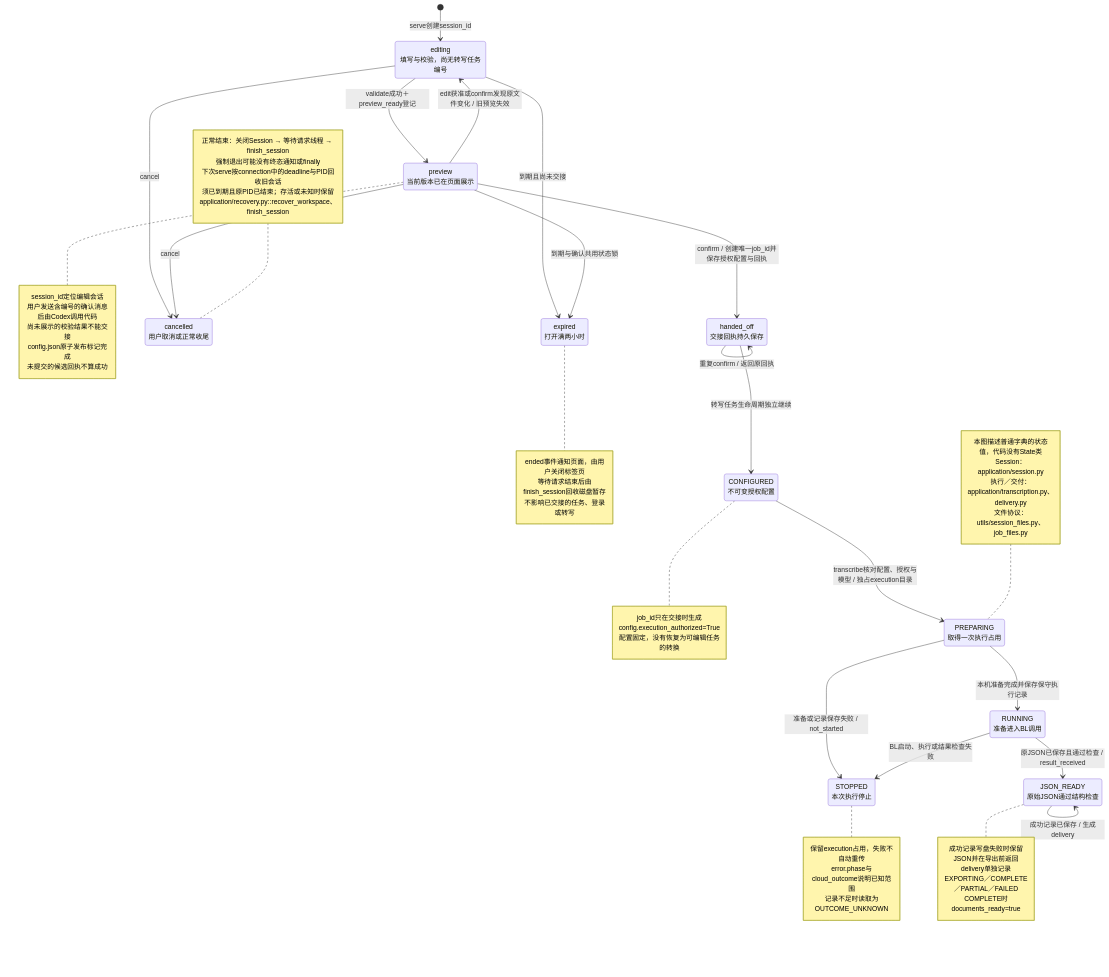
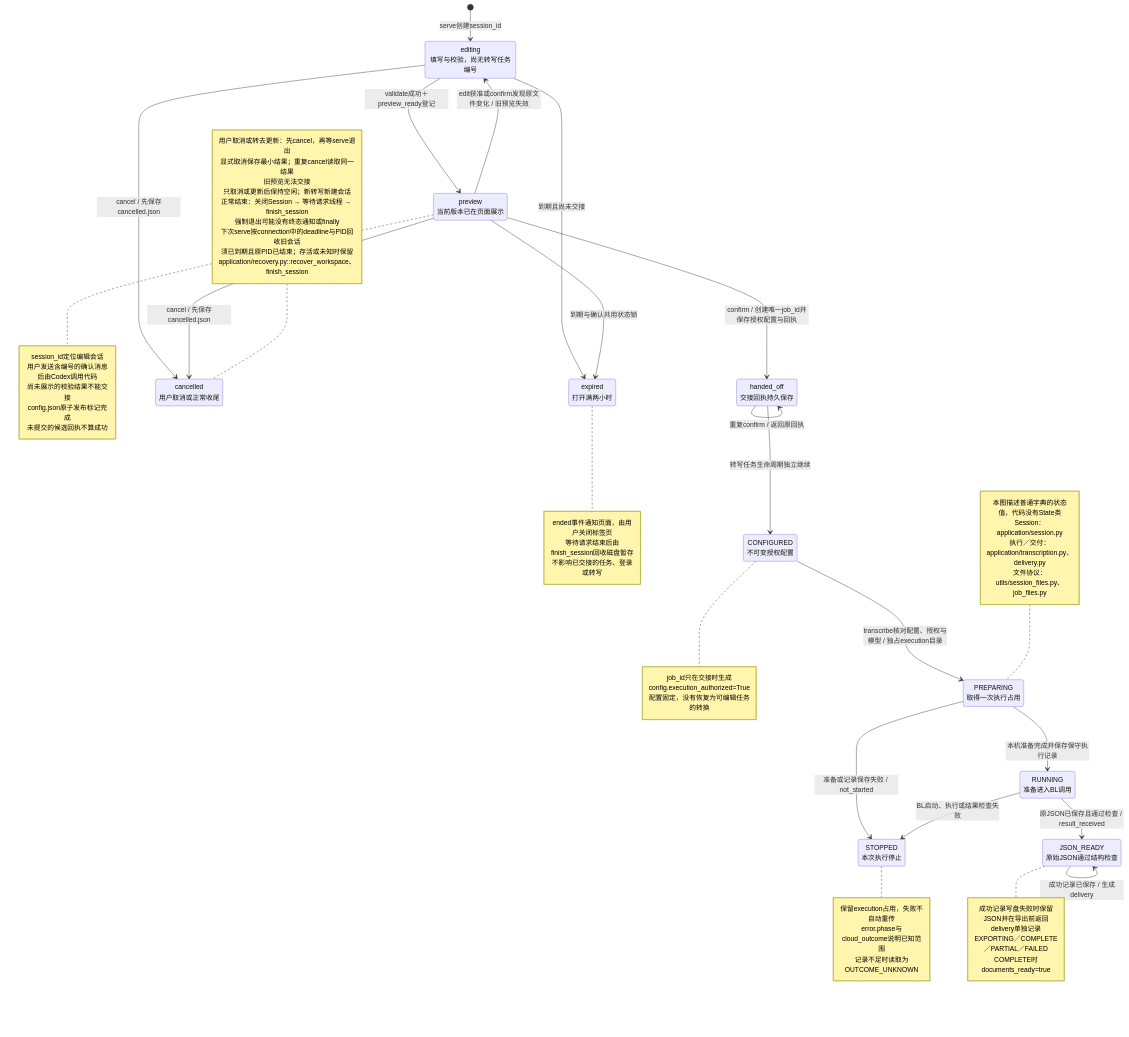
The diagram in doc/uml/07-state.mmd (hx101700/memoflow), drawn with Mermaid before and after one commit. The commit also changed 34 other files, not shown here.

```diff
--- a/doc/uml/07-state.mmd
+++ b/doc/uml/07-state.mmd
@@ -1,70 +1,74 @@
 stateDiagram-v2
 direction TB
 state "editing<br/>填写与校验，尚无转写任务编号" as Editing
 state "preview<br/>当前版本已在页面展示" as Preview
 state "handed_off<br/>交接回执持久保存" as HandedOff
 state "expired<br/>打开满两小时" as Expired
 state "cancelled<br/>用户取消或正常收尾" as Cancelled
 [*] --> Editing : serve创建session_id
 Editing --> Preview : validate成功＋preview_ready登记
 Preview --> Editing : edit获准或confirm发现原文件变化 / 旧预览失效
 Editing --> Expired : 到期且尚未交接
 Preview --> Expired : 到期与确认共用状态锁
-Editing --> Cancelled : cancel
-Preview --> Cancelled : cancel
+Editing --> Cancelled : cancel / 先保存cancelled.json
+Preview --> Cancelled : cancel / 先保存cancelled.json
 Preview --> HandedOff : confirm / 创建唯一job_id并保存授权配置与回执
 HandedOff --> HandedOff : 重复confirm / 返回原回执
 note right of Preview
   session_id定位编辑会话
   用户发送含编号的确认消息后由Codex调用代码
   尚未展示的校验结果不能交接
   config.json原子发布标记完成
   未提交的候选回执不算成功
 end note
 note right of Expired
   ended事件通知页面，由用户关闭标签页
   等待请求结束后由finish_session回收磁盘暂存
   不影响已交接的任务、登录或转写
 end note
 
 state "CONFIGURED<br/>不可变授权配置" as Configured
 state "PREPARING<br/>取得一次执行占用" as Preparing
 state "RUNNING<br/>准备进入BL调用" as Running
 state "STOPPED<br/>本次执行停止" as Stopped
 state "JSON_READY<br/>原始JSON通过结构检查" as JsonReady
 HandedOff --> Configured : 转写任务生命周期独立继续
 Configured --> Preparing : transcribe核对配置、授权与模型 / 独占execution目录
 Preparing --> Running : 本机准备完成并保存保守执行记录
 Preparing --> Stopped : 准备或记录保存失败 / not_started
 Running --> Stopped : BL启动、执行或结果检查失败
 Running --> JsonReady : 原JSON已保存且通过检查 / result_received
 JsonReady --> JsonReady : 成功记录已保存 / 生成delivery
 note right of Configured
   job_id只在交接时生成
   config.execution_authorized=True
   配置固定，没有恢复为可编辑任务的转换
 end note
 note right of Stopped
   保留execution占用，失败不自动重传
   error.phase与cloud_outcome说明已知范围
   记录不足时读取为OUTCOME_UNKNOWN
 end note
 note right of JsonReady
   成功记录写盘失败时保留JSON并在导出前返回
   delivery单独记录EXPORTING／COMPLETE／PARTIAL／FAILED
   COMPLETE时documents_ready=true
 end note
 note left of Preparing
   本图描述普通字典的状态值，代码没有State类
   Session：application/session.py
   执行／交付：application/transcription.py、delivery.py
   文件协议：utils/session_files.py、job_files.py
 end note
 
 note left of Cancelled
+  用户取消或转去更新：先cancel，再等serve退出
+  显式取消保存最小结果；重复cancel读取同一结果
+  旧预览无法交接
+  只取消或更新后保持空闲；新转写新建会话
   正常结束：关闭Session → 等待请求线程 → finish_session
   强制退出可能没有终态通知或finally
   下次serve按connection中的deadline与PID回收旧会话
   须已到期且原PID已结束；存活或未知时保留
   application/recovery.py::recover_workspace、finish_session
 end note
```
